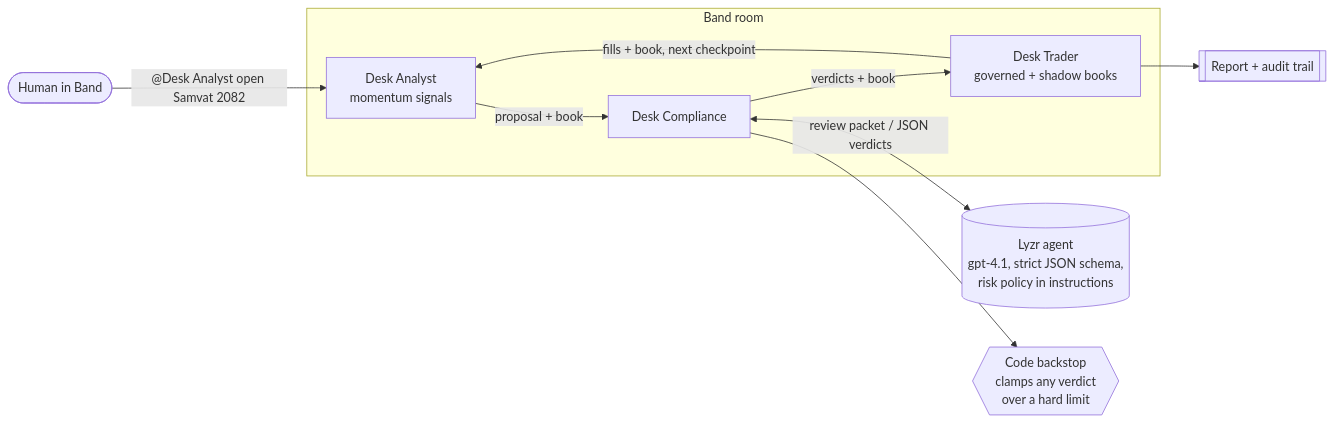
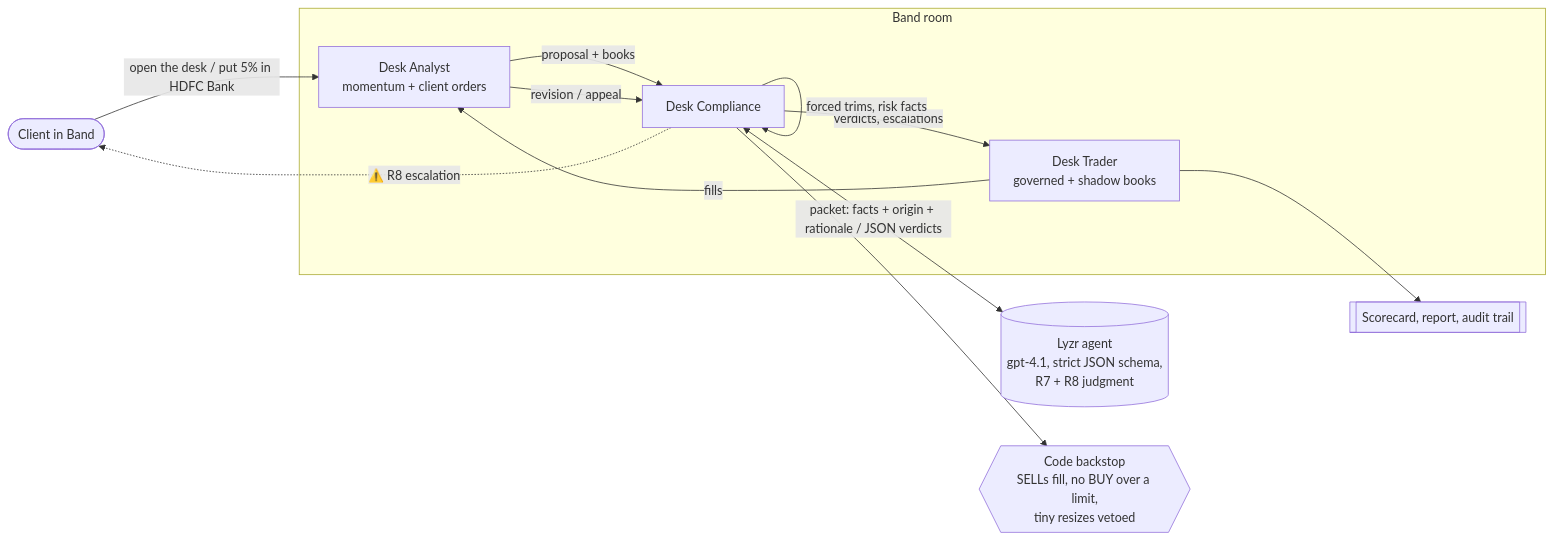
The diagram in README.md (MrNK2107/muhurat-desk), drawn with Mermaid before and after one commit. The commit also changed other lines of this file and 3 other files, not shown here.

First line of the commit message:
Tests, CI, architecture notes and an honest README

````diff
--- a/README.md
+++ b/README.md
@@ -41,12 +93,15 @@
 ```mermaid
 flowchart LR
-    H([Human in Band]) -- "@Desk Analyst open Samvat 2082" --> A
+    H([Client in Band]) -- "open the desk / put 5% in HDFC Bank" --> A
     subgraph Band room
-      A[Desk Analyst<br/>momentum signals] -- proposal + book --> C[Desk Compliance]
-      C -- verdicts + book --> T[Desk Trader<br/>governed + shadow books]
-      T -- fills + book, next checkpoint --> A
+      A[Desk Analyst<br/>momentum + client orders] -- proposal + books --> C[Desk Compliance]
+      C -- verdicts, escalations --> T[Desk Trader<br/>governed + shadow books]
+      T -- fills --> A
+      A -- revision / appeal --> C
     end
-    C <-- "review packet / JSON verdicts" --> L[(Lyzr agent<br/>gpt-4.1, strict JSON schema,<br/>risk policy in instructions)]
-    C --> B{{Code backstop<br/>clamps any verdict<br/>over a hard limit}}
-    T --> R[[Report + audit trail]]
+    C -- forced trims, risk facts --> C
+    C <-- "packet: facts + origin + rationale / JSON verdicts" --> L[(Lyzr agent<br/>gpt-4.1, strict JSON schema,<br/>R7 + R8 judgment)]
+    C --> B{{Code backstop<br/>SELLs fill, no BUY over a limit,<br/>tiny resizes vetoed}}
+    C -. "⚠️ R8 escalation" .-> H
+    T --> R[[Scorecard, report, audit trail]]
 ```
````
